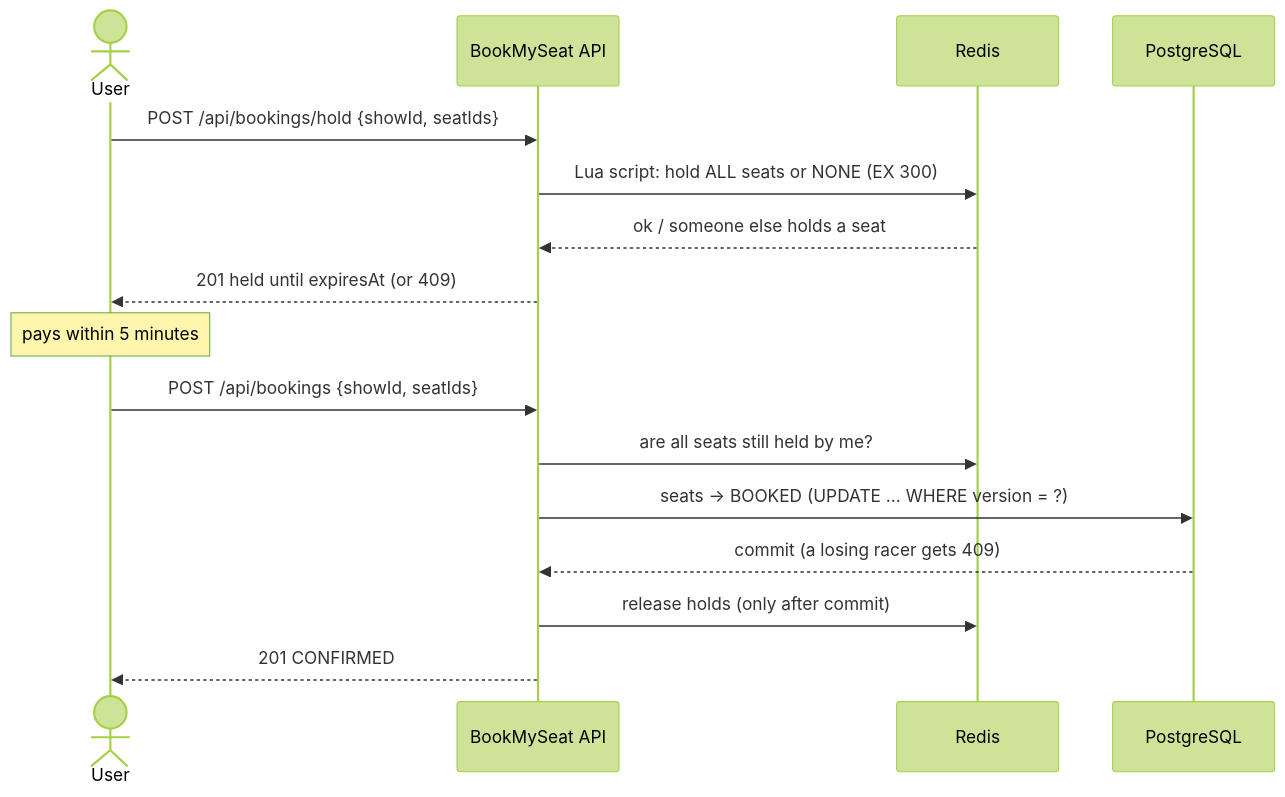
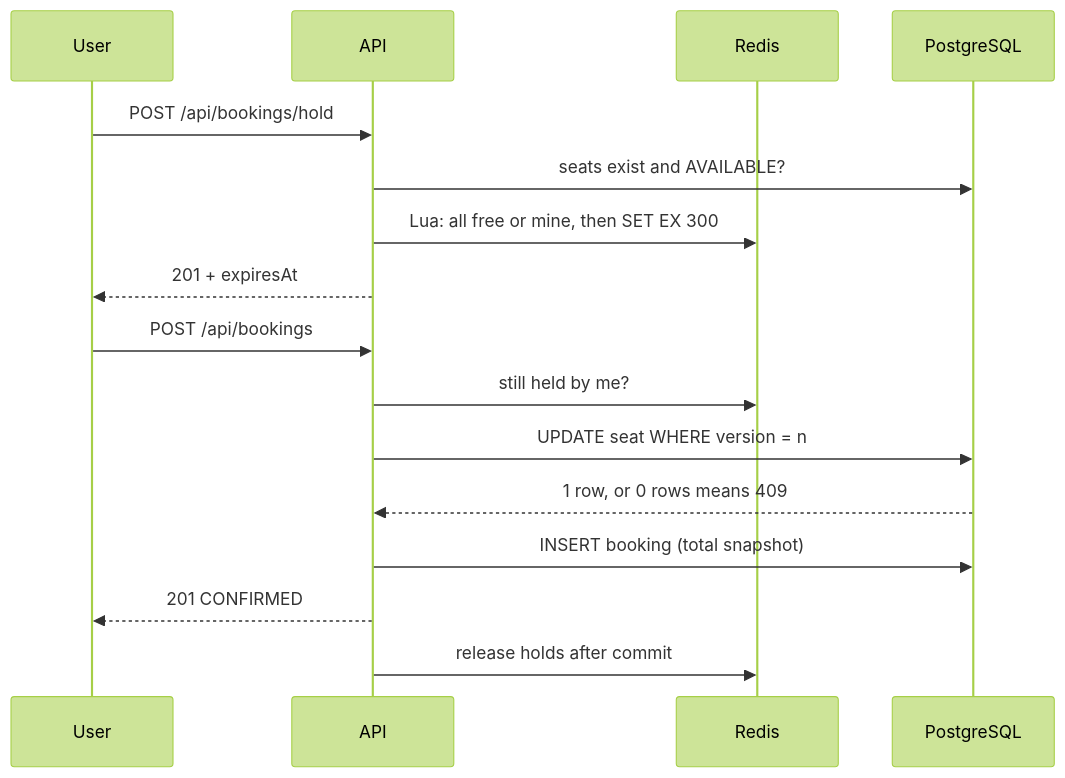
One commit to Abhishek360007/BookMySeat changed the second of 2 diagrams in README.md. Above: the diagram before and after it, drawn with Mermaid (forest theme). The commit also changed other lines of this file, not shown here.

Commit message:
4.5 README: architecture, booking flow, concurrency results

````diff
--- a/README.md
+++ b/README.md
@@ -43,21 +31,18 @@
 ```mermaid
 sequenceDiagram
-    actor U as User
-    participant API as BookMySeat API
+    participant U as User
+    participant A as API
     participant R as Redis
-    participant DB as PostgreSQL
-
-    U->>API: POST /api/bookings/hold {showId, seatIds}
-    API->>R: Lua script: hold ALL seats or NONE (EX 300)
-    R-->>API: ok / someone else holds a seat
-    API-->>U: 201 held until expiresAt (or 409)
-
-    Note over U: pays within 5 minutes
-
-    U->>API: POST /api/bookings {showId, seatIds}
-    API->>R: are all seats still held by me?
-    API->>DB: seats → BOOKED (UPDATE ... WHERE version = ?)
-    DB-->>API: commit (a losing racer gets 409)
-    API->>R: release holds (only after commit)
-    API-->>U: 201 CONFIRMED
+    participant D as PostgreSQL
+    U->>A: POST /api/bookings/hold
+    A->>D: seats exist and AVAILABLE?
+    A->>R: Lua: all free or mine, then SET EX 300
+    A-->>U: 201 + expiresAt
+    U->>A: POST /api/bookings
+    A->>R: still held by me?
+    A->>D: UPDATE seat WHERE version = n
+    D-->>A: 1 row, or 0 rows means 409
+    A->>D: INSERT booking (total snapshot)
+    A-->>U: 201 CONFIRMED
+    A->>R: release holds after commit
 ```
````
